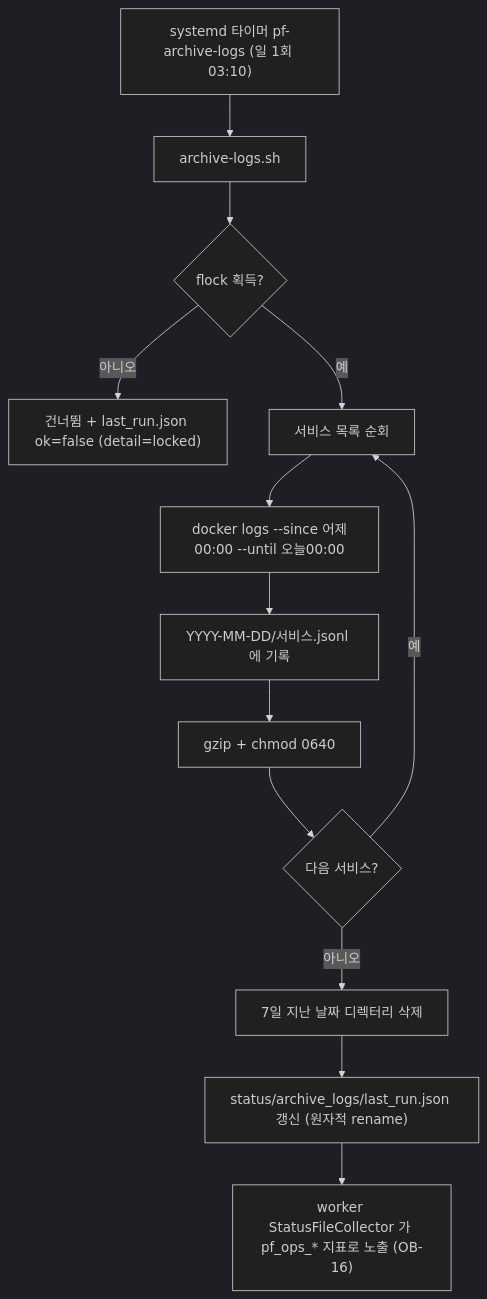
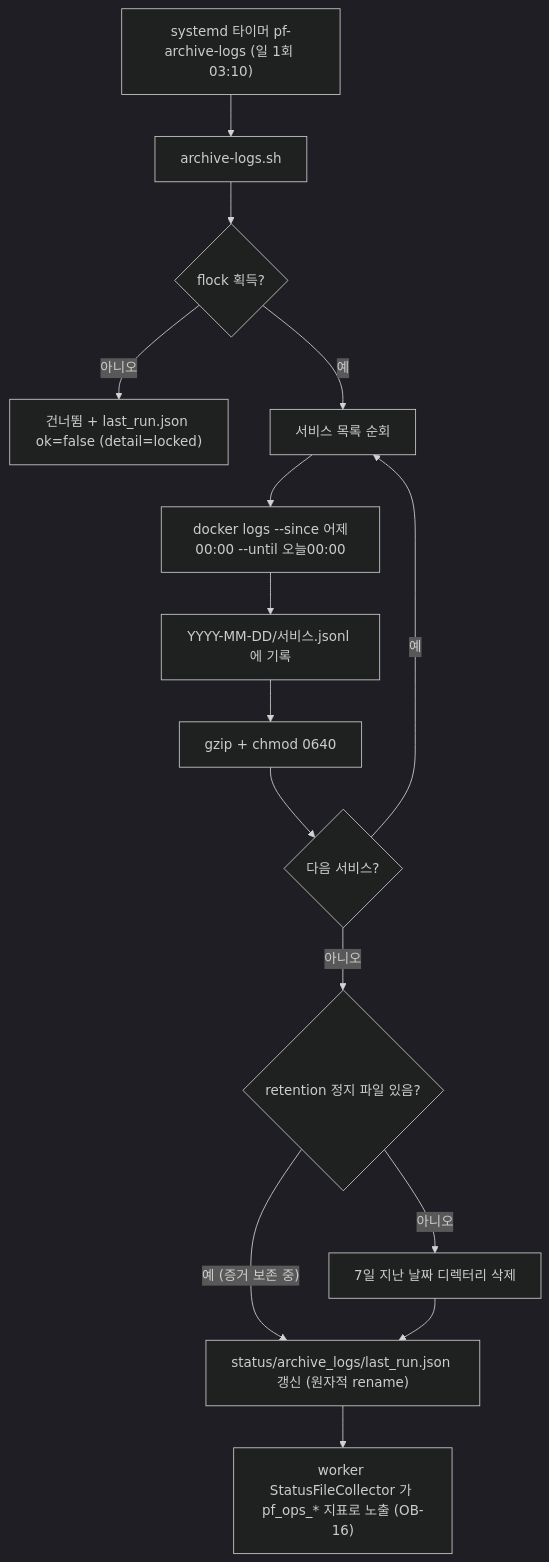
Diagram 35 of 42 in docs/design/features/17-ops-observability.md (1985jwlee/portpolio_backend), drawn with Mermaid (dark theme) before and after one commit. The commit also changed other lines of this file and 92 other files, not shown here.

````diff
--- a/docs/design/features/17-ops-observability.md
+++ b/docs/design/features/17-ops-observability.md
@@ -1837,15 +1881,17 @@
 ```mermaid
 flowchart TD
     TM["systemd 타이머 pf-archive-logs (일 1회 03:10)"] --> A["archive-logs.sh"]
     A --> L{"flock 획득?"}
     L -- "아니오" --> X["건너뜀 + last_run.json ok=false (detail=locked)"]
     L -- "예" --> S["서비스 목록 순회"]
     S --> D["docker logs --since 어제00:00 --until 오늘00:00"]
     D --> W["YYYY-MM-DD/서비스.jsonl 에 기록"]
     W --> G["gzip + chmod 0640"]
     G --> N{"다음 서비스?"}
     N -- "예" --> S
-    N -- "아니오" --> P["7일 지난 날짜 디렉터리 삭제"]
-    P --> T["status/archive_logs/last_run.json 갱신 (원자적 rename)"]
+    N -- "아니오" --> Q{"retention 정지 파일 있음?"}
+    Q -- "예 (증거 보존 중)" --> T["status/archive_logs/last_run.json 갱신 (원자적 rename)"]
+    Q -- "아니오" --> P["7일 지난 날짜 디렉터리 삭제"]
+    P --> T
     T --> M["worker StatusFileCollector 가 pf_ops_* 지표로 노출 (OB-16)"]
 ```
````
